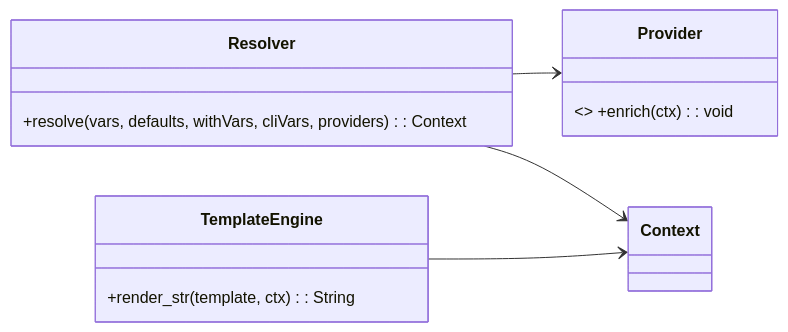
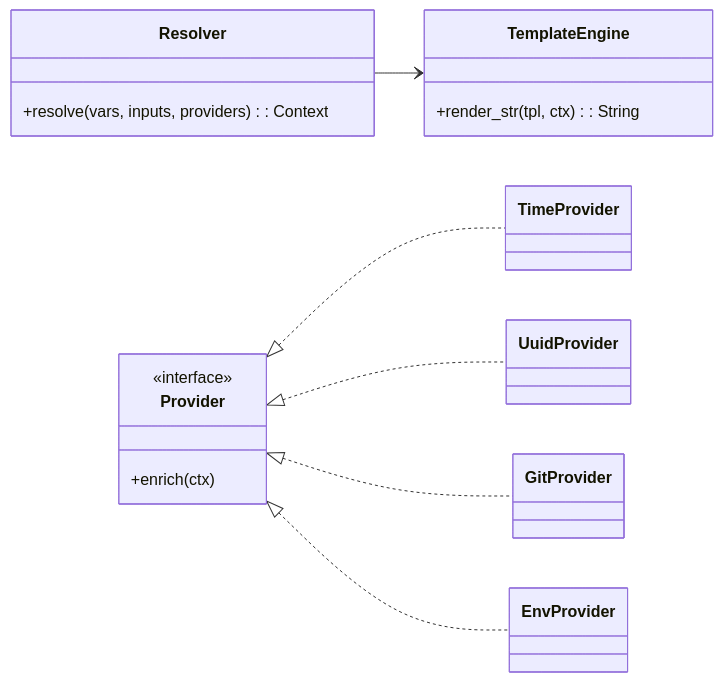
The seventh of 22 diagrams in docs/01_development_plan.md (agustinvalencia/mdvault), drawn with Mermaid before and after one commit. The commit also changed other lines of this file and 2 other files, not shown here.

````diff
--- a/docs/01_development_plan.md
+++ b/docs/01_development_plan.md
@@ -203,14 +193,16 @@
 ```mermaid
 classDiagram
   direction LR
-  class Resolver {
-    +resolve(vars, defaults, withVars, cliVars, providers): Context
-  }
-  class Provider { <<interface>> +enrich(ctx): void }
-  class TemplateEngine {
-    +render_str(template, ctx): String
-  }
-  Resolver --> Provider
-  Resolver --> Context
-  TemplateEngine --> Context
+  class Resolver { +resolve(vars, inputs, providers): Context }
+  class Provider <<interface>> { +enrich(ctx) }
+  class TimeProvider
+  class UuidProvider
+  class GitProvider
+  class EnvProvider
+  class TemplateEngine { +render_str(tpl, ctx): String }
+  Provider <|.. TimeProvider
+  Provider <|.. UuidProvider
+  Provider <|.. GitProvider
+  Provider <|.. EnvProvider
+  Resolver --> TemplateEngine
 ```
````
